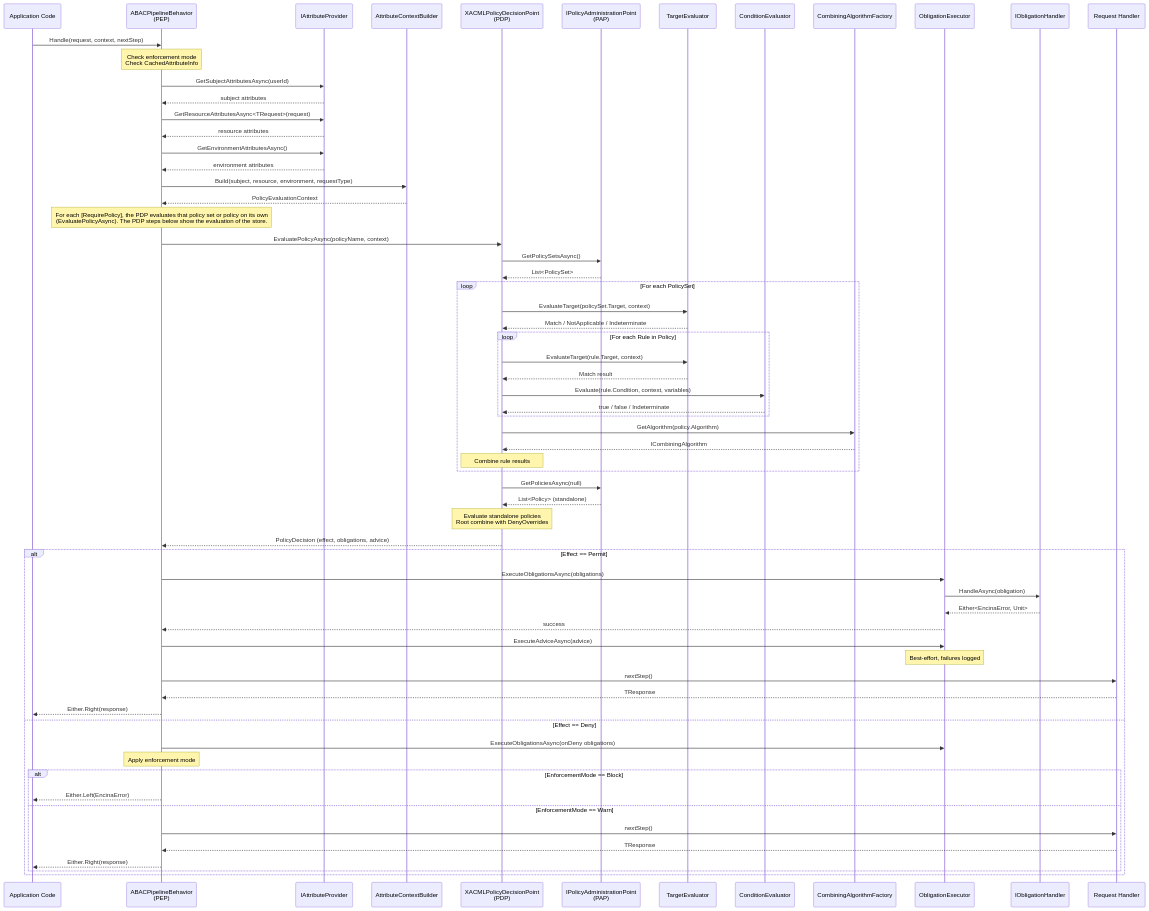
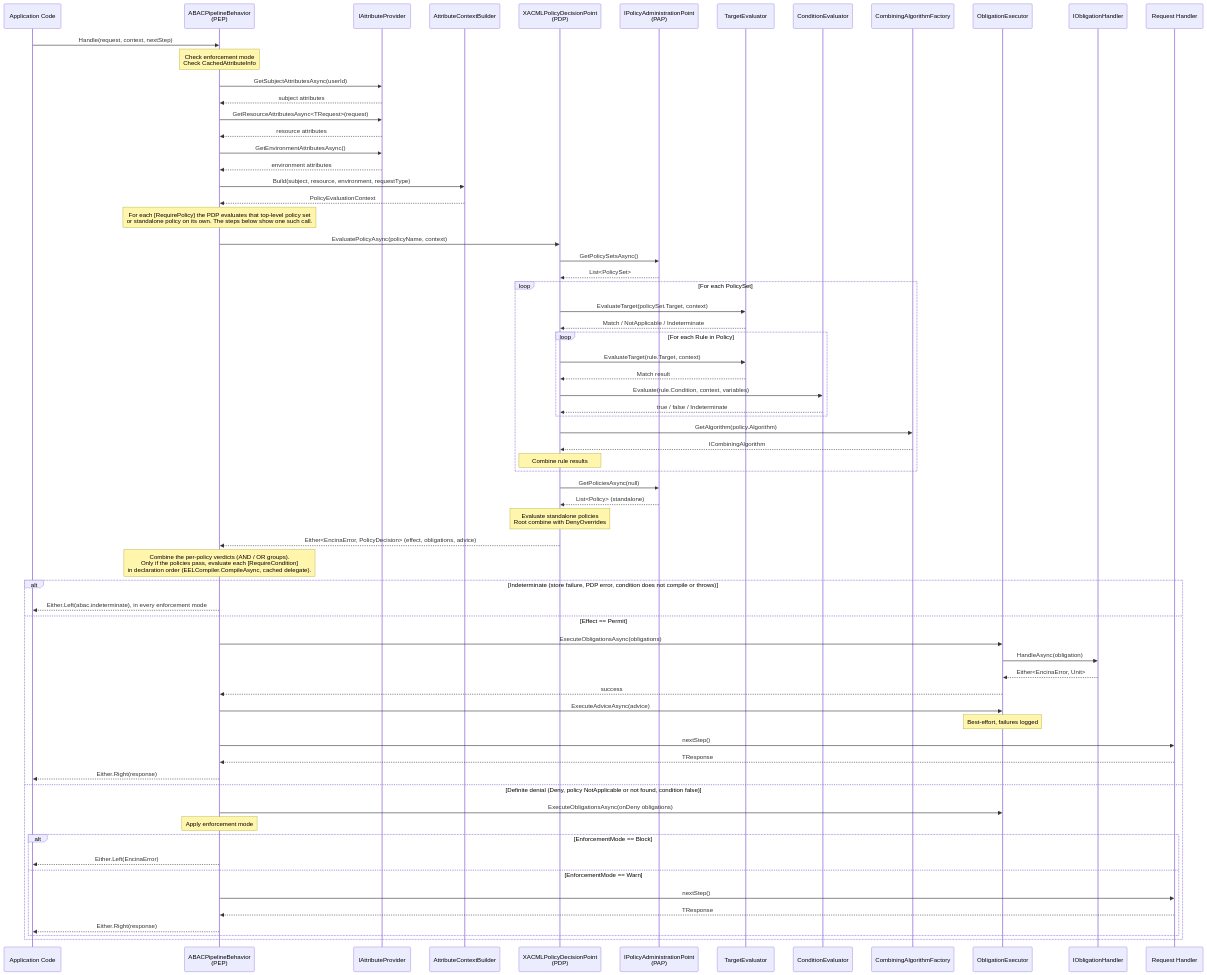
Before and after one commit to dlrivada/Encina: the third of 4 diagrams in docs/features/abac/xacml/architecture.md, drawn with Mermaid. The commit also changed other lines of this file and 12 other files, not shown here.

Commit message:
docs(abac): document RequirePolicy resolution, Warn semantics, removed FailOnMissingObligationHandler and PEP flow (#1634)

```diff
--- a/docs/features/abac/xacml/architecture.md
+++ b/docs/features/abac/xacml/architecture.md
@@ -488,7 +495,7 @@
     PEP->>CB: Build(subject, resource, environment, requestType)
     CB-->>PEP: PolicyEvaluationContext
 
-    Note over PEP: For each [RequirePolicy], the PDP evaluates that policy set or policy on its own<br/>(EvaluatePolicyAsync). The PDP steps below show the evaluation of the store.
+    Note over PEP: For each [RequirePolicy] the PDP evaluates that top-level policy set<br/>or standalone policy on its own. The steps below show one such call.
     PEP->>PDP: EvaluatePolicyAsync(policyName, context)
 
     PDP->>PAP: GetPolicySetsAsync()
@@ -514,9 +521,13 @@
     PAP-->>PDP: List<Policy> (standalone)
     Note over PDP: Evaluate standalone policies<br/>Root combine with DenyOverrides
 
-    PDP-->>PEP: PolicyDecision (effect, obligations, advice)
+    PDP-->>PEP: Either<EncinaError, PolicyDecision> (effect, obligations, advice)
 
-    alt Effect == Permit
+    Note over PEP: Combine the per-policy verdicts (AND / OR groups).<br/>Only if the policies pass, evaluate each [RequireCondition]<br/>in declaration order (EELCompiler.CompileAsync, cached delegate).
+
+    alt Indeterminate (store failure, PDP error, condition does not compile or throws)
+        PEP-->>App: Either.Left(abac.indeterminate), in every enforcement mode
+    else Effect == Permit
         PEP->>OE: ExecuteObligationsAsync(obligations)
         OE->>OH: HandleAsync(obligation)
         OH-->>OE: Either<EncinaError, Unit>
@@ -529,7 +540,7 @@
         Handler-->>PEP: TResponse
         PEP-->>App: Either.Right(response)
 
-    else Effect == Deny
+    else Definite denial (Deny, policy NotApplicable or not found, condition false)
         PEP->>OE: ExecuteObligationsAsync(onDeny obligations)
         Note over PEP: Apply enforcement mode
 
```
